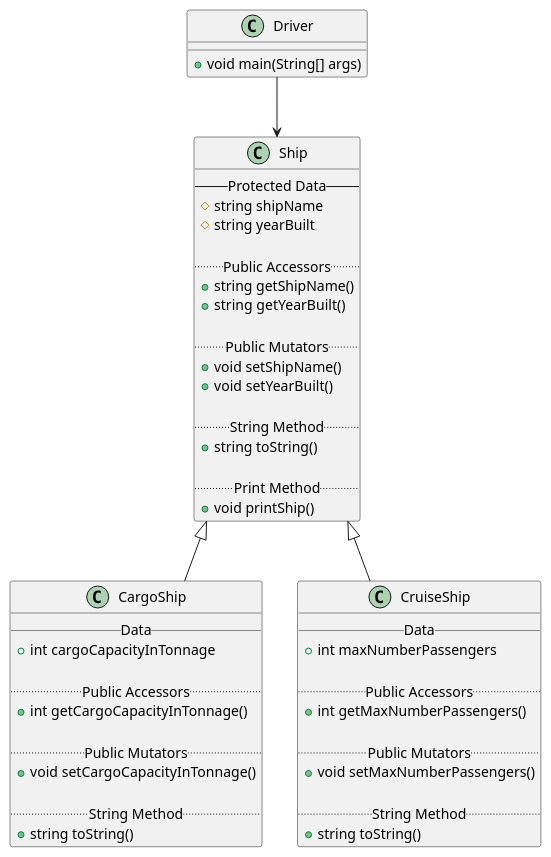
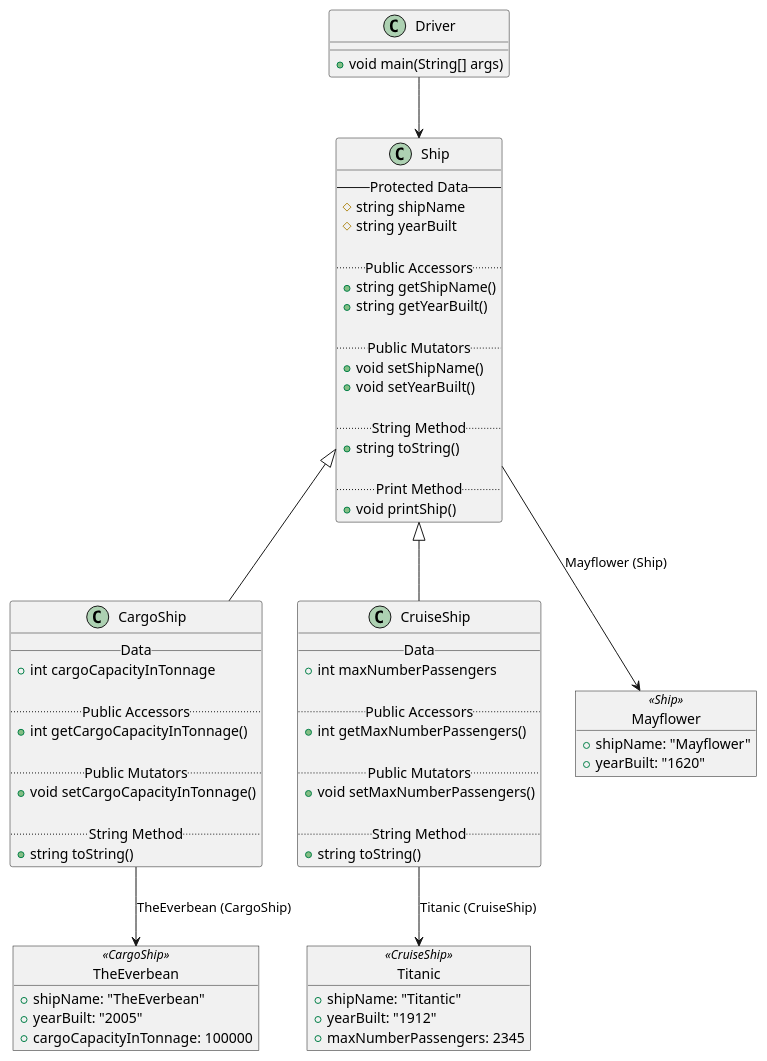
The diagram in src/Ship.puml (stephaniePocci/PlantUML), drawn with PlantUML before and after one commit.

Commit message:
Dynamically added 3 ship objects to Ship uml diagram

```diff
--- a/src/Ship.puml
+++ b/src/Ship.puml
@@ -1,58 +1,80 @@
 @startuml
 'https://plantuml.com/class-diagram
 
 class Ship {
     --Protected Data--
     # string shipName
     # string yearBuilt
 
     ..Public Accessors..
     + string getShipName()
     + string getYearBuilt()
 
     ..Public Mutators..
     + void setShipName()
     + void setYearBuilt()
 
     ..String Method..
     + string toString()
 
     ..Print Method..
     + void printShip()
 }
 
 class CargoShip extends Ship {
     __ Data __
     + int cargoCapacityInTonnage
 
     ..Public Accessors..
     + int getCargoCapacityInTonnage()
 
     ..Public Mutators..
     + void setCargoCapacityInTonnage()
 
     ..String Method..
     + string toString()
 }
 
 class CruiseShip extends Ship {
     __ Data __
     + int maxNumberPassengers
 
     ..Public Accessors..
     + int getMaxNumberPassengers()
 
     ..Public Mutators..
     + void setMaxNumberPassengers()
 
     ..String Method..
     + string toString()
 }
 
 class Driver {
     + void main(String[] args)
 }
 
+object Mayflower <<Ship>> {
+    + shipName: "Mayflower"
+    + yearBuilt: "1620"
+}
+
+object TheEverbean <<CargoShip>> {
+    + shipName: "TheEverbean"
+    + yearBuilt: "2005"
+    + cargoCapacityInTonnage: 100000
+}
+
+object Titanic <<CruiseShip>> {
+    + shipName: "Titantic"
+    + yearBuilt: "1912"
+    + maxNumberPassengers: 2345
+}
+
 Driver --> Ship
+Ship --> Mayflower: Mayflower (Ship)
+CargoShip --> TheEverbean: TheEverbean (CargoShip)
+CruiseShip --> Titanic: Titanic (CruiseShip)
+
+
 
 @enduml
```
